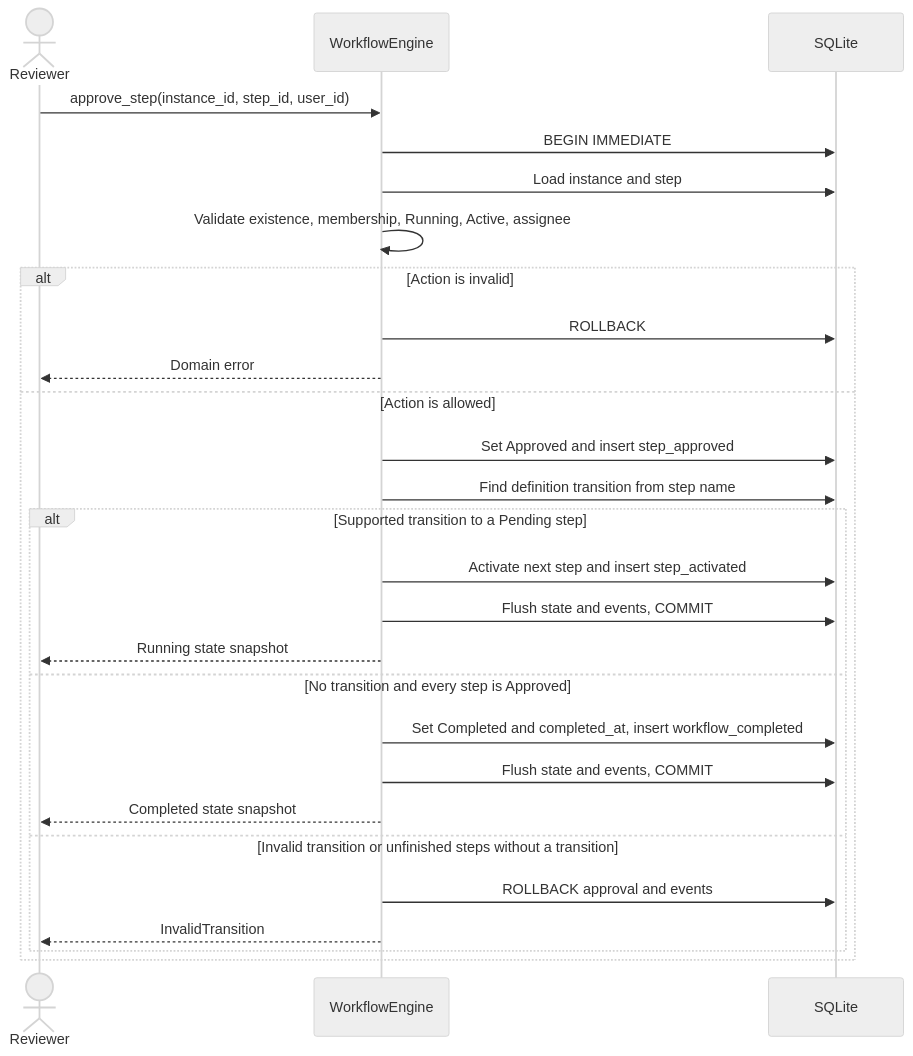
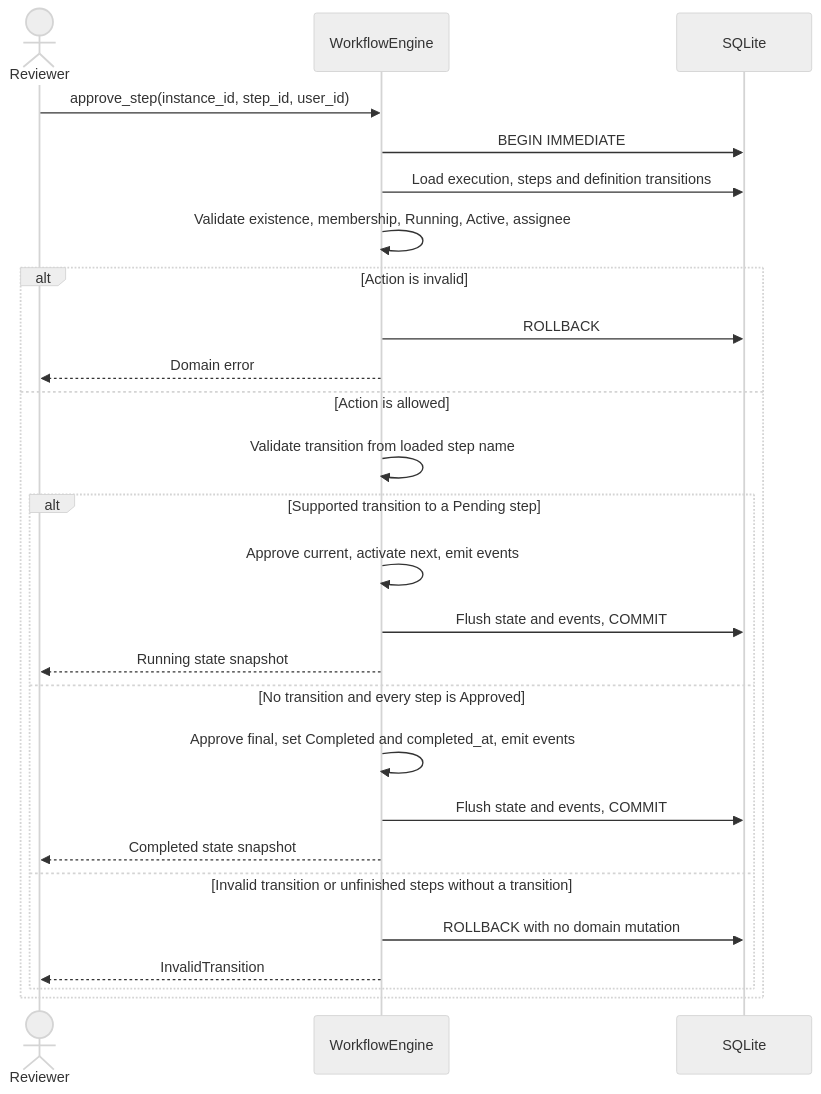
One commit to ace2358/Risk-Desk-Approval-Workflow changed the fourth of 4 diagrams in docs/workflow-flows.md. Above: the diagram before and after it, drawn with Mermaid (neutral theme). The commit also changed other lines of this file and 35 other files, not shown here.

Commit message:
feat: rearchitect

````diff
--- a/docs/workflow-flows.md
+++ b/docs/workflow-flows.md
@@ -104,29 +106,28 @@
 ```mermaid
 sequenceDiagram
     actor Reviewer
     participant Engine as WorkflowEngine
     participant DB as SQLite
     Reviewer->>Engine: approve_step(instance_id, step_id, user_id)
     Engine->>DB: BEGIN IMMEDIATE
-    Engine->>DB: Load instance and step
+    Engine->>DB: Load execution, steps and definition transitions
     Engine->>Engine: Validate existence, membership, Running, Active, assignee
     alt Action is invalid
         Engine->>DB: ROLLBACK
         Engine-->>Reviewer: Domain error
     else Action is allowed
-        Engine->>DB: Set Approved and insert step_approved
-        Engine->>DB: Find definition transition from step name
+        Engine->>Engine: Validate transition from loaded step name
         alt Supported transition to a Pending step
-            Engine->>DB: Activate next step and insert step_activated
+            Engine->>Engine: Approve current, activate next, emit events
             Engine->>DB: Flush state and events, COMMIT
             Engine-->>Reviewer: Running state snapshot
         else No transition and every step is Approved
-            Engine->>DB: Set Completed and completed_at, insert workflow_completed
+            Engine->>Engine: Approve final, set Completed and completed_at, emit events
             Engine->>DB: Flush state and events, COMMIT
             Engine-->>Reviewer: Completed state snapshot
         else Invalid transition or unfinished steps without a transition
-            Engine->>DB: ROLLBACK approval and events
+            Engine->>DB: ROLLBACK with no domain mutation
             Engine-->>Reviewer: InvalidTransition
         end
     end
 ```
````
